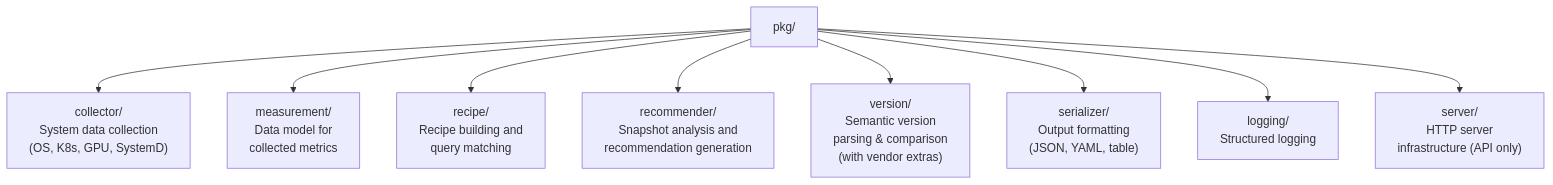
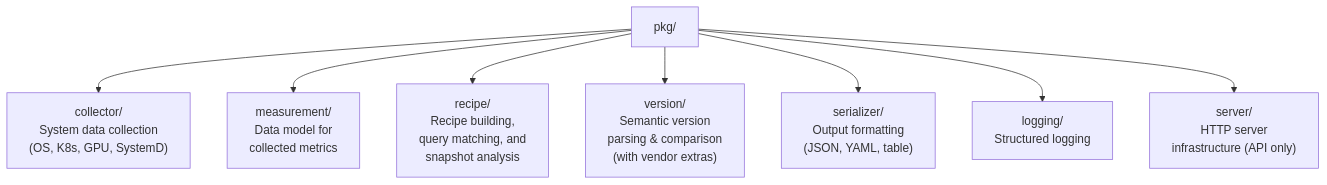
Before and after one commit to cullenmcdermott/cloud-native-stack: the fifth of 8 diagrams in docs/architecture/README.md, drawn with Mermaid. The commit also changed other lines of this file and 4 other files, not shown here.

````diff
--- a/docs/architecture/README.md
+++ b/docs/architecture/README.md
@@ -171,20 +172,18 @@
 ```mermaid
 flowchart TD
     PKG["pkg/"] --> COLL
     PKG --> MEAS
     PKG --> REC
-    PKG --> RECM
     PKG --> VER
     PKG --> SER
     PKG --> LOG
     PKG --> SVR
     
     COLL["collector/<br/>System data collection<br/>(OS, K8s, GPU, SystemD)"]
     MEAS["measurement/<br/>Data model for<br/>collected metrics"]
-    REC["recipe/<br/>Recipe building and<br/>query matching"]
-    RECM["recommender/<br/>Snapshot analysis and<br/>recommendation generation"]
+    REC["recipe/<br/>Recipe building,<br/>query matching, and<br/>snapshot analysis"]
     VER["version/<br/>Semantic version<br/>parsing & comparison<br/>(with vendor extras)"]
     SER["serializer/<br/>Output formatting<br/>(JSON, YAML, table)"]
     LOG["logging/<br/>Structured logging"]
     SVR["server/<br/>HTTP server<br/>infrastructure (API only)"]
 ```
````
